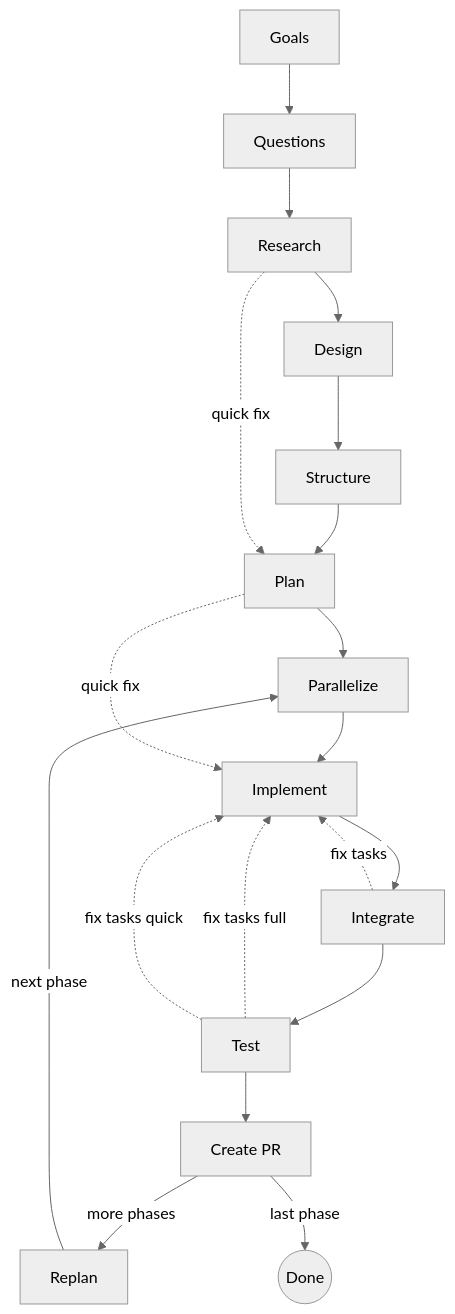
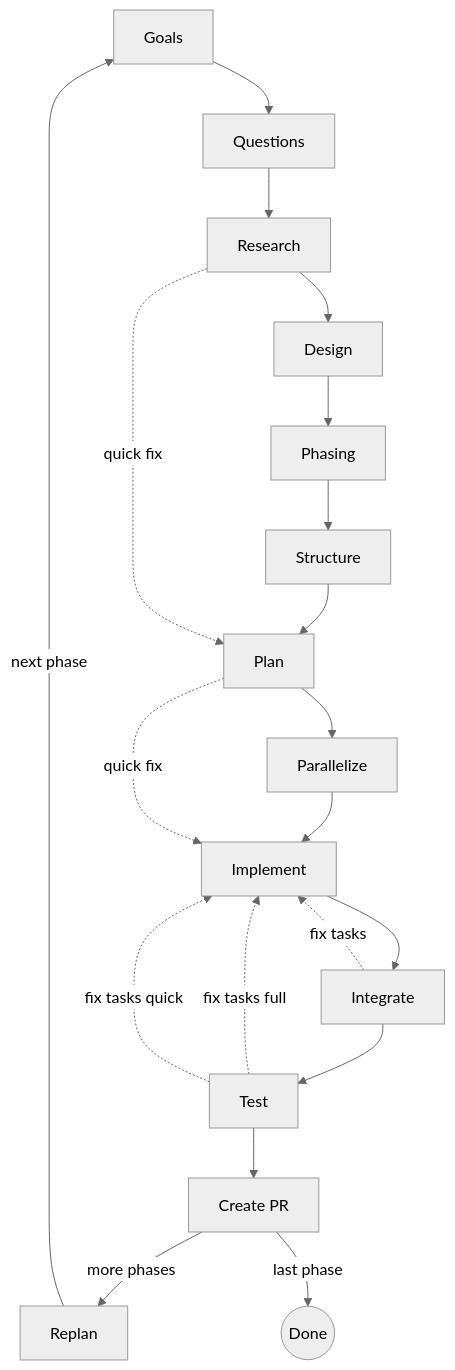
Before and after one commit to dfrysinger/qrspi-plus: the first of 20 diagrams in README.md, drawn with Mermaid (neutral theme). The commit also changed other lines of this file and 15 other files, not shown here.

````diff
--- a/README.md
+++ b/README.md
@@ -11,29 +11,30 @@
 ```mermaid
 flowchart TD
     %% Alignment
     Goals[Goals] --> Questions[Questions]
     Questions --> Research[Research]
     Research --> Design[Design]
-    Design --> Structure[Structure]
+    Design --> Phasing[Phasing]
+    Phasing --> Structure[Structure]
     Structure --> Plan[Plan]
 
     %% Quick fix shortcut: Research skips directly to Plan
     Research -.->|quick fix| Plan
 
     %% Execution
     Plan --> Parallelize[Parallelize]
     Parallelize --> Implement[Implement]
     Implement --> Integrate[Integrate]
     Integrate --> Test[Test]
     Test --> PR[Create PR]
     PR -->|more phases| Replan[Replan]
-    Replan -->|next phase| Parallelize
+    Replan -->|next phase| Goals
 
     %% Quick fix shortcut: Plan skips directly to Implement
     Plan -.->|quick fix| Implement
 
     PR -->|last phase| Done((Done))
     Integrate -.->|fix tasks| Implement
     Test -.->|fix tasks full| Implement
     Test -.->|fix tasks quick| Implement
 ```
````
